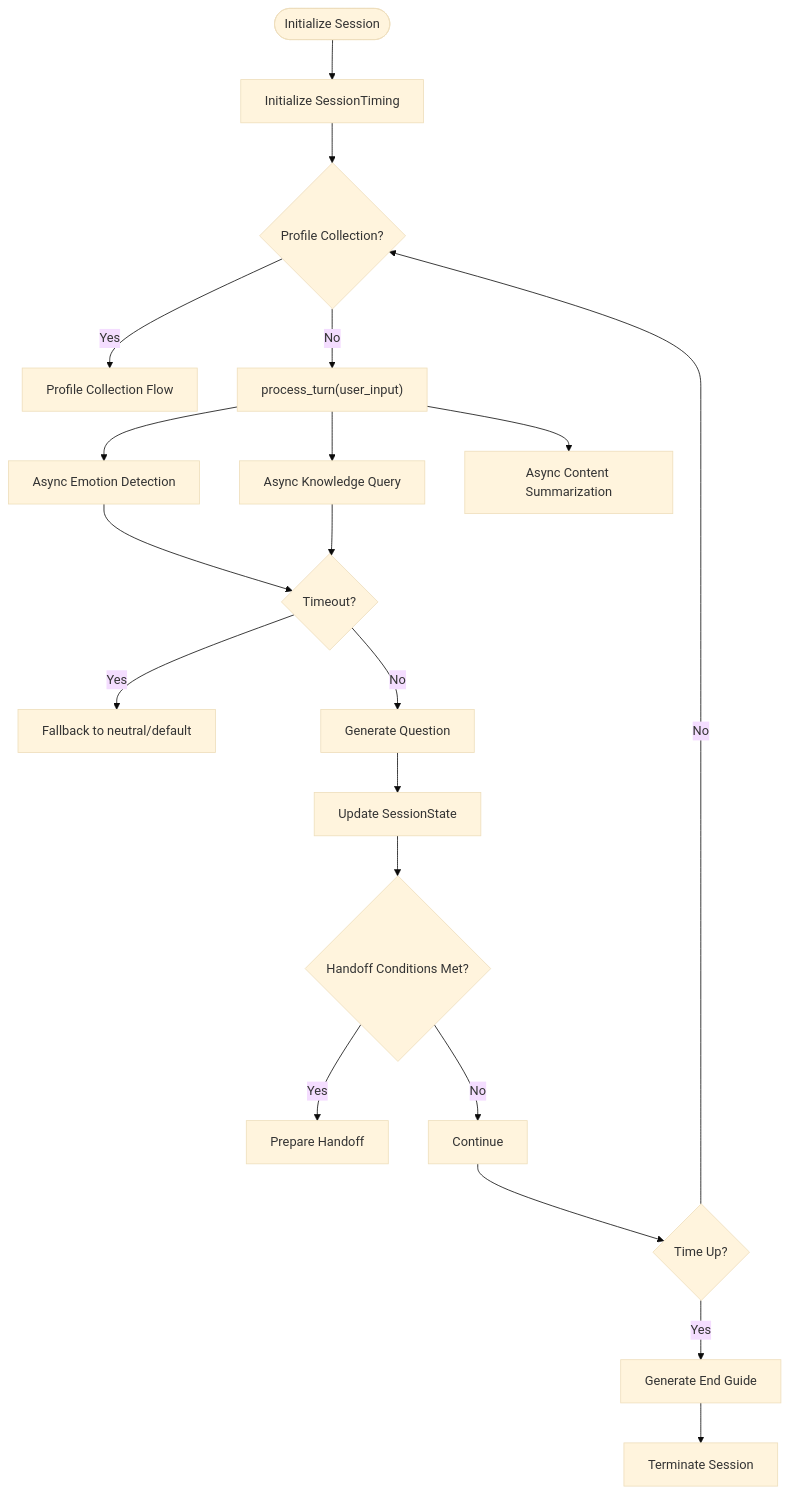
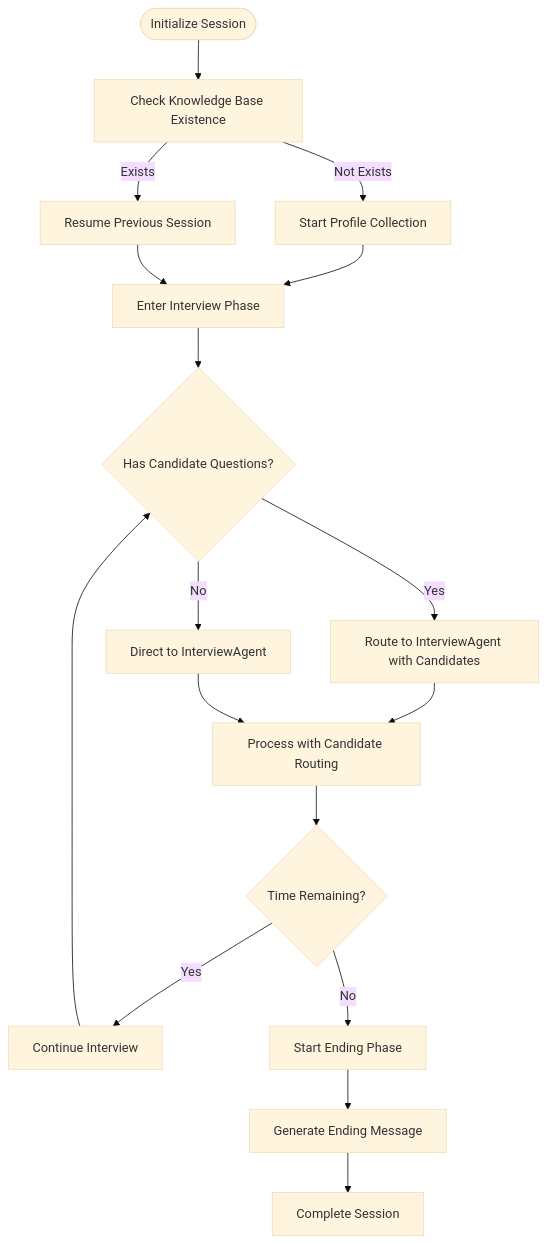
Before and after one commit to WangYiKai1017/zizuan: the fourth of 8 diagrams in .qoder/repowiki/en/content/Core Components/Interview Agent.md, drawn with Mermaid (base theme). The commit also changed other lines of this file and 31 other files, not shown here.

````diff
--- a/.qoder/repowiki/en/content/Core Components/Interview Agent.md
+++ b/.qoder/repowiki/en/content/Core Components/Interview Agent.md
@@ -241,22 +306,19 @@
 ```mermaid
 flowchart TD
-Start(["Initialize Session"]) --> Timing["Initialize SessionTiming"]
-Timing --> Loop{"Profile Collection?"}
-Loop --> |Yes| Profile["Profile Collection Flow"]
-Loop --> |No| Process["process_turn(user_input)"]
-Process --> Emotion["Async Emotion Detection"]
-Process --> Knowledge["Async Knowledge Query"]
-Process --> Summarize["Async Content Summarization"]
-Emotion --> TimeoutCheck{"Timeout?"}
-Knowledge --> TimeoutCheck
-TimeoutCheck --> |Yes| Default["Fallback to neutral/default"]
-TimeoutCheck --> |No| Generate["Generate Question"]
-Generate --> Update["Update SessionState"]
-Update --> HandoffCheck{"Handoff Conditions Met?"}
-HandoffCheck --> |Yes| Handoff["Prepare Handoff"]
-HandoffCheck --> |No| Continue["Continue"]
-Continue --> TimeCheck{"Time Up?"}
-TimeCheck --> |Yes| EndGuide["Generate End Guide"]
-TimeCheck --> |No| Loop
-EndGuide --> Terminate["Terminate Session"]
+Start(["Initialize Session"]) --> CheckKB["Check Knowledge Base Existence"]
+CheckKB --> |Exists| Resume["Resume Previous Session"]
+CheckKB --> |Not Exists| Profile["Start Profile Collection"]
+Profile --> Interview["Enter Interview Phase"]
+Resume --> Interview
+Interview --> CandidateCheck{"Has Candidate Questions?"}
+CandidateCheck --> |Yes| Route["Route to InterviewAgent with Candidates"]
+CandidateCheck --> |No| Direct["Direct to InterviewAgent"]
+Route --> Process["Process with Candidate Routing"]
+Direct --> Process
+Process --> TimeCheck{"Time Remaining?"}
+TimeCheck --> |Yes| Continue["Continue Interview"]
+TimeCheck --> |No| End["Start Ending Phase"]
+Continue --> CandidateCheck
+End --> Generate["Generate Ending Message"]
+Generate --> Complete["Complete Session"]
 ```
````
